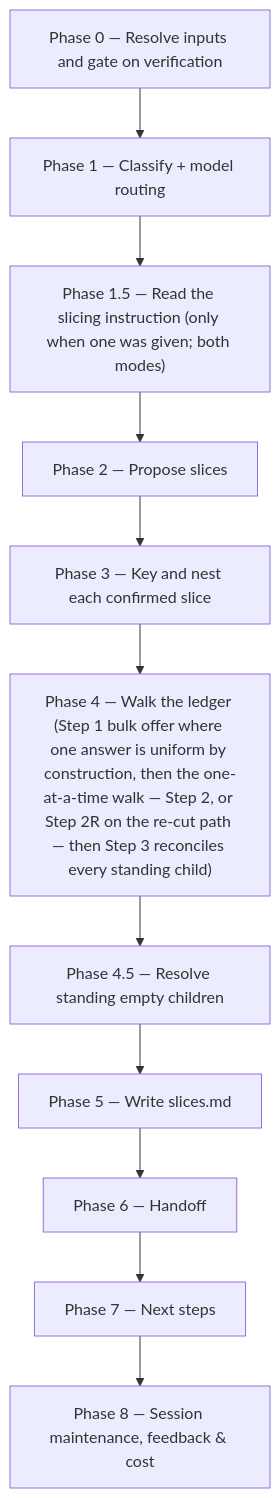
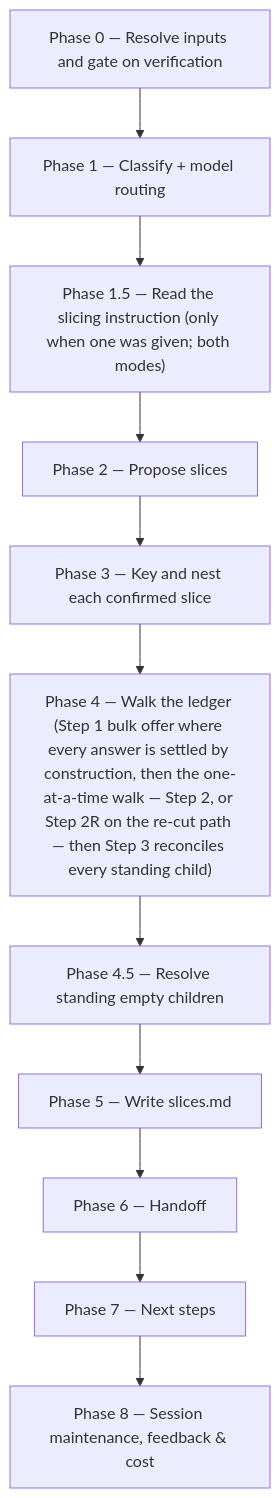
The diagram in plugins/product-workflows/docs/commands/brd-split.md (ihudak/ai-workflows), drawn with Mermaid before and after one commit. The commit also changed other lines of this file and 14 other files, not shown here.

````diff
--- a/plugins/product-workflows/docs/commands/brd-split.md
+++ b/plugins/product-workflows/docs/commands/brd-split.md
@@ -204,13 +205,13 @@
 ```mermaid
 flowchart TD
     p0["Phase 0 — Resolve inputs and gate on verification"] --> p1["Phase 1 — Classify + model routing"]
     p1 --> p15["Phase 1.5 — Read the slicing instruction (only when one was given; both modes)"]
     p15 --> p2["Phase 2 — Propose slices"]
     p2 --> p3["Phase 3 — Key and nest each confirmed slice"]
-    p3 --> p4["Phase 4 — Walk the ledger (Step 1 bulk offer where one answer is uniform by construction, then the one-at-a-time walk — Step 2, or Step 2R on the re-cut path — then Step 3 reconciles every standing child)"]
+    p3 --> p4["Phase 4 — Walk the ledger (Step 1 bulk offer where every answer is settled by construction, then the one-at-a-time walk — Step 2, or Step 2R on the re-cut path — then Step 3 reconciles every standing child)"]
     p4 --> p45["Phase 4.5 — Resolve standing empty children"]
     p45 --> p5["Phase 5 — Write slices.md"]
     p5 --> p6["Phase 6 — Handoff"]
     p6 --> p7["Phase 7 — Next steps"]
     p7 --> p8["Phase 8 — Session maintenance, feedback & cost"]
 ```
````
